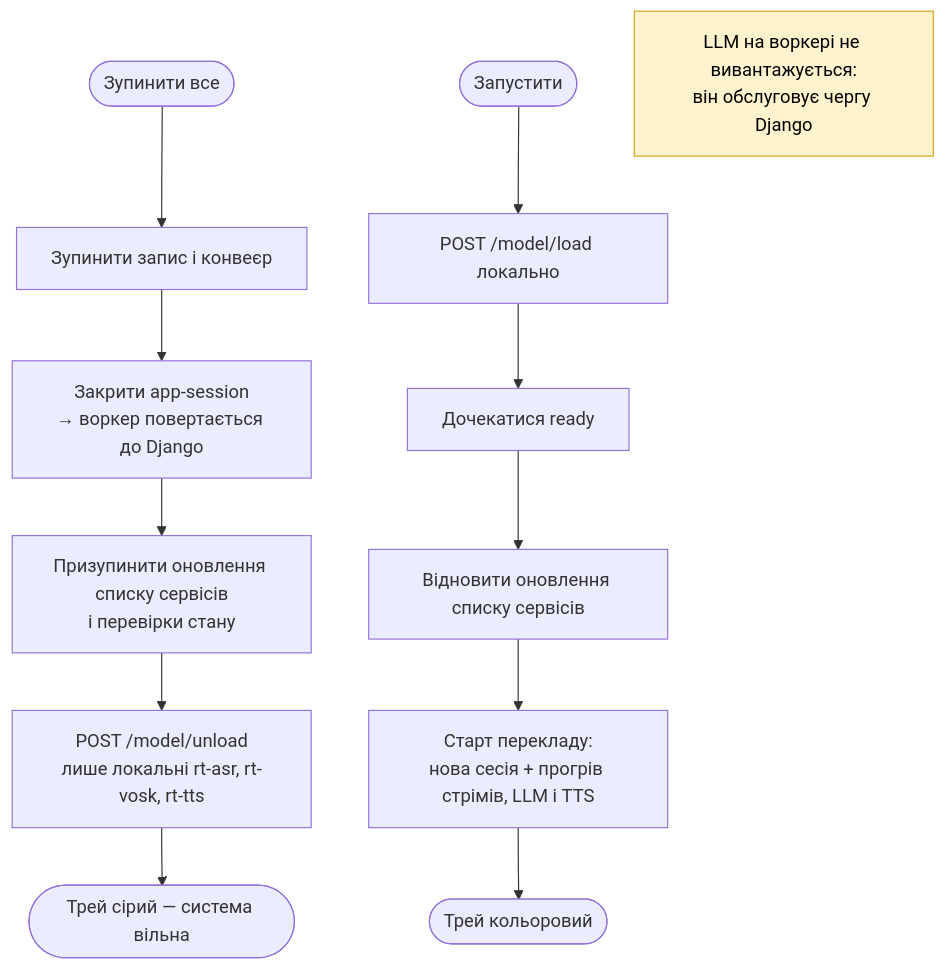
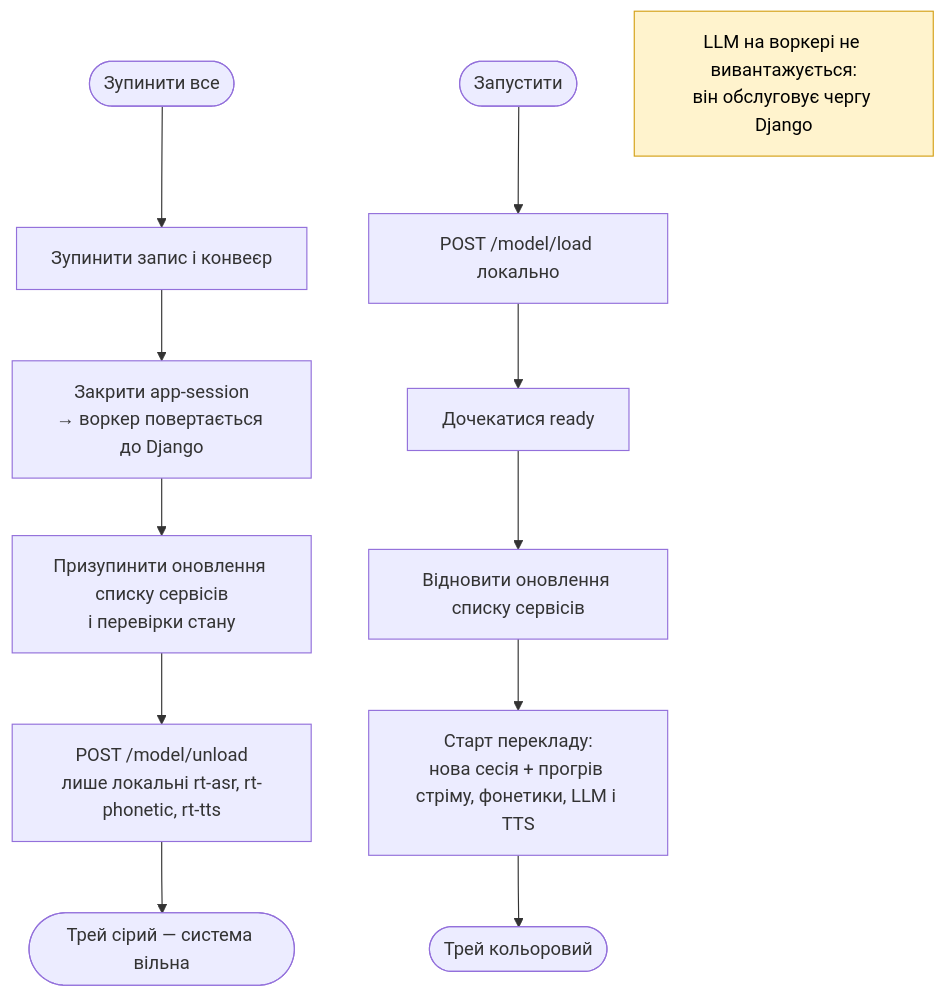
Before and after one commit to DohuyaMa/realtime-translation: the third of 4 diagrams in docs/pipeline-diagrams.md, drawn with Mermaid. The commit also changed other lines of this file and 7 other files, not shown here.

First line of the commit message:
docs(phonetic): rt-phonetic replaces Vosk in CLAUDE.md, USAGE, diagrams, spec §8; bench + replay evidence

````diff
--- a/docs/pipeline-diagrams.md
+++ b/docs/pipeline-diagrams.md
@@ -124,17 +131,17 @@
 ```mermaid
 flowchart TB
   STOP(["Зупинити все"]) --> S1["Зупинити запис і конвеєр"]
   S1 --> S2["Закрити app-session<br/>→ воркер повертається до Django"]
   S2 --> S3["Призупинити оновлення списку сервісів<br/>і перевірки стану"]
-  S3 --> S4["POST /model/unload<br/>лише локальні rt-asr, rt-vosk, rt-tts"]
+  S3 --> S4["POST /model/unload<br/>лише локальні rt-asr, rt-phonetic, rt-tts"]
   S4 --> IDLE(["Трей сірий — система вільна"])
 
   START(["Запустити"]) --> R1["POST /model/load локально"]
   R1 --> R2["Дочекатися ready"]
   R2 --> R3["Відновити оновлення списку сервісів"]
-  R3 --> R4["Старт перекладу:<br/>нова сесія + прогрів стрімів, LLM і TTS"]
+  R3 --> R4["Старт перекладу:<br/>нова сесія + прогрів стріму, фонетики, LLM і TTS"]
   R4 --> RUN(["Трей кольоровий"])
 
   NOTE["LLM на воркері не вивантажується:<br/>він обслуговує чергу Django"]:::n
   classDef n fill:#fff3cd,stroke:#d4a017,color:#000
 ```
````
